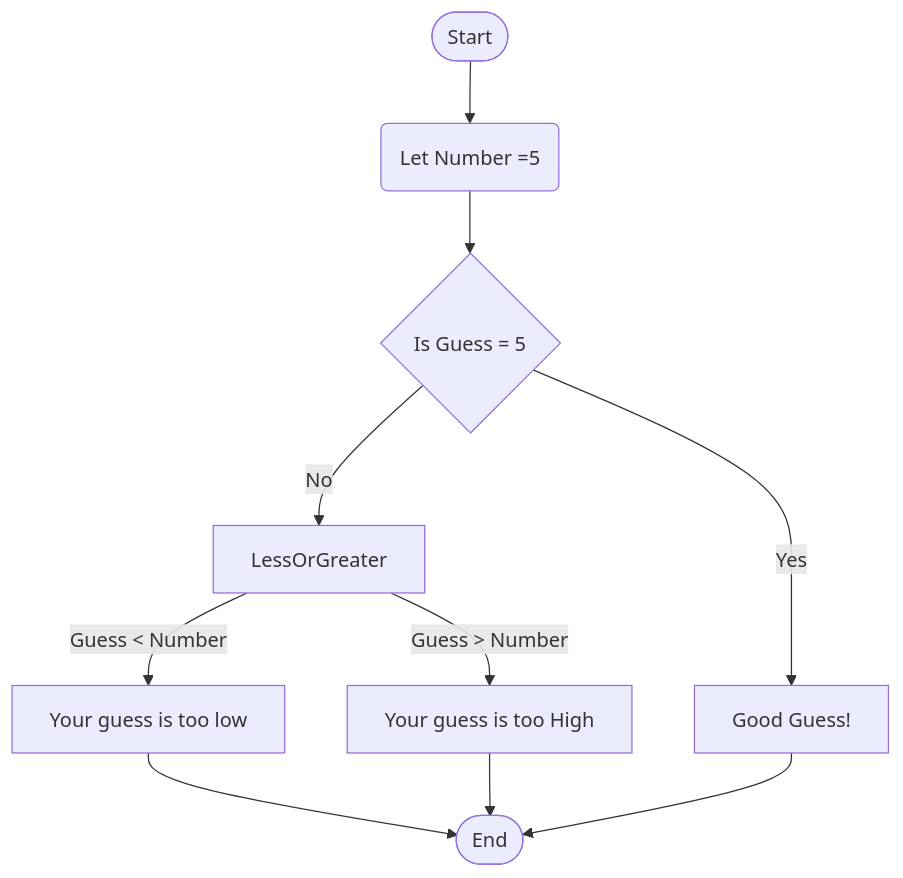
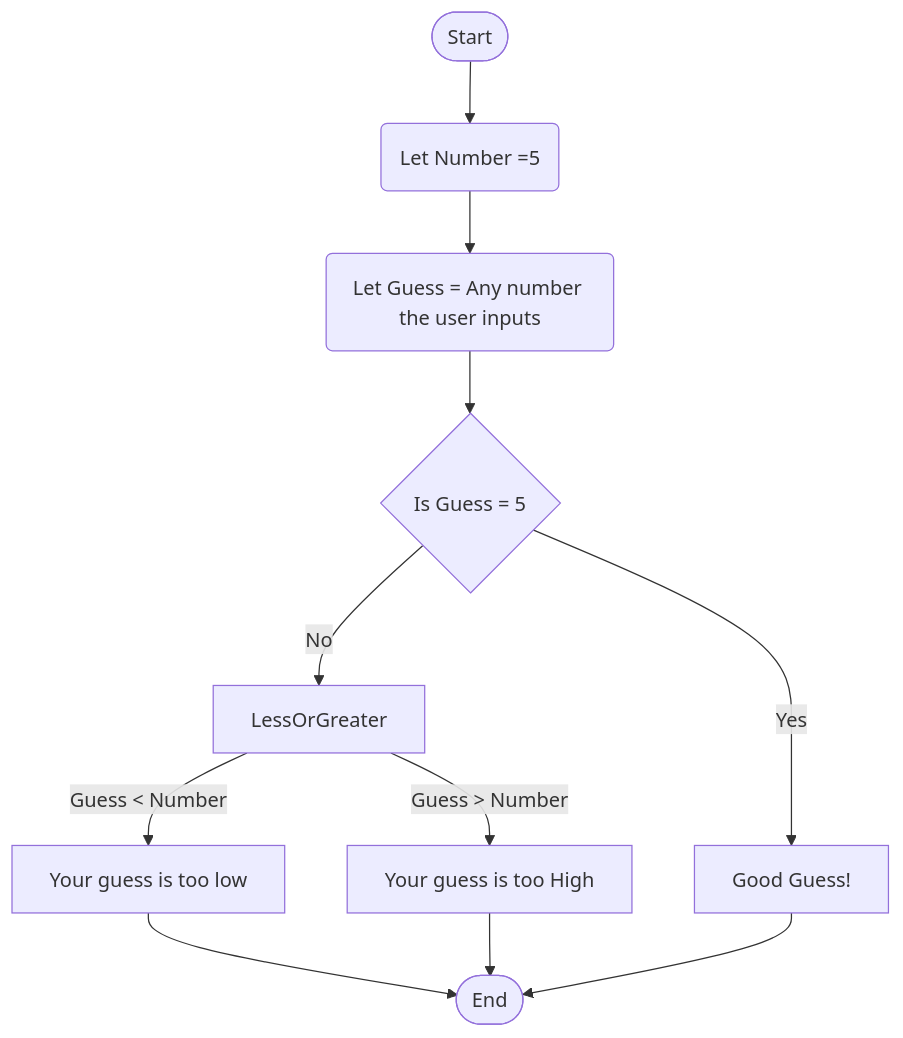
One commit to s-divakaruni/s-divakaruni.github.io changed the diagram in Guessing.md. Above: the diagram before and after it, drawn with Mermaid.

Commit message:
Update Guessing (2)

````diff
--- a/Guessing.md
+++ b/Guessing.md
@@ -1,12 +1,13 @@
 ```mermaid 
 flowchart TD
     Start([Start]) -->  Assign("Let Number =5")
-    Assign --> Check{"Is Guess = 5"}
+    Assign --> Assume("Let Guess = Any number the user inputs")
+    Assume --> Check{"Is Guess = 5"}
     Check --> |Yes| Correct["Good Guess!"]
     Check --> |No| LessOrGreater 
     LessOrGreater --> |Guess < Number| TooLow["Your guess is too low"]
     LessOrGreater --> |Guess > Number| TooHigh["Your guess is too High"]
     TooLow -->End([End])
     TooHigh -->End([End])
     Correct -->End([End])
 ```
````
